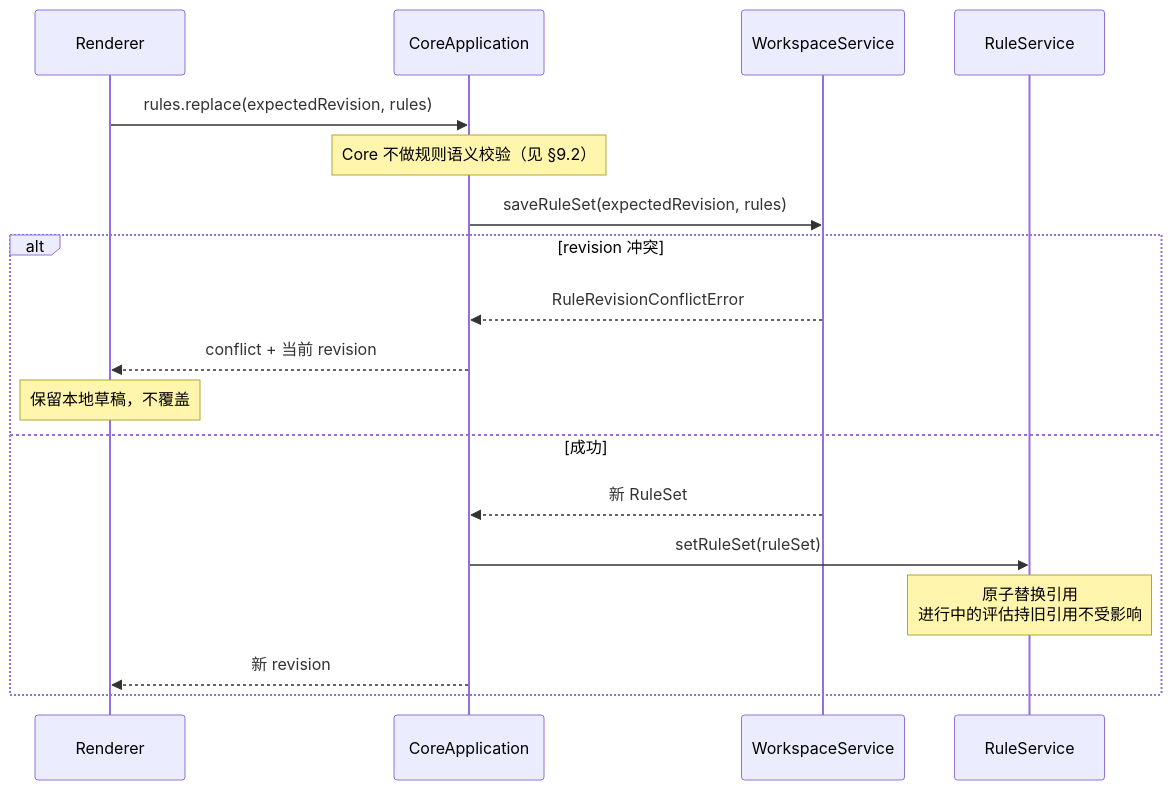
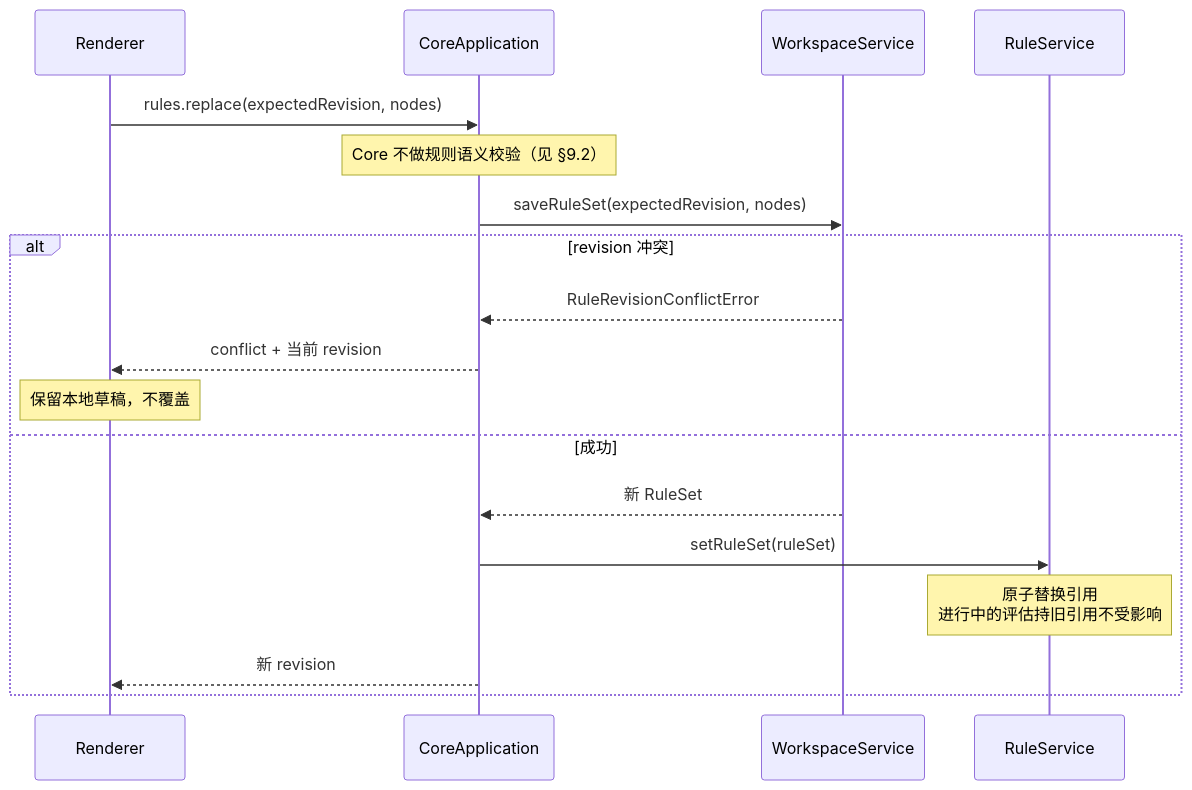
One commit to zhxmt-xm/Interceptor changed the fifth of 6 diagrams in architecture/feature-rules.md. Above: the diagram before and after it, drawn with Mermaid. The commit also changed other lines of this file and 79 other files, not shown here.

````diff
--- a/architecture/feature-rules.md
+++ b/architecture/feature-rules.md
@@ -361,21 +377,21 @@
 ```mermaid
 sequenceDiagram
     participant UI as Renderer
     participant App as CoreApplication
     participant Store as WorkspaceService
     participant Engine as RuleService
 
-    UI->>App: rules.replace(expectedRevision, rules)
+    UI->>App: rules.replace(expectedRevision, nodes)
     Note over App: Core 不做规则语义校验（见 §9.2）
-    App->>Store: saveRuleSet(expectedRevision, rules)
+    App->>Store: saveRuleSet(expectedRevision, nodes)
     alt revision 冲突
         Store-->>App: RuleRevisionConflictError
         App-->>UI: conflict + 当前 revision
         Note over UI: 保留本地草稿，不覆盖
     else 成功
         Store-->>App: 新 RuleSet
         App->>Engine: setRuleSet(ruleSet)
         Note over Engine: 原子替换引用<br/>进行中的评估持旧引用不受影响
         App-->>UI: 新 revision
     end
 ```
````
